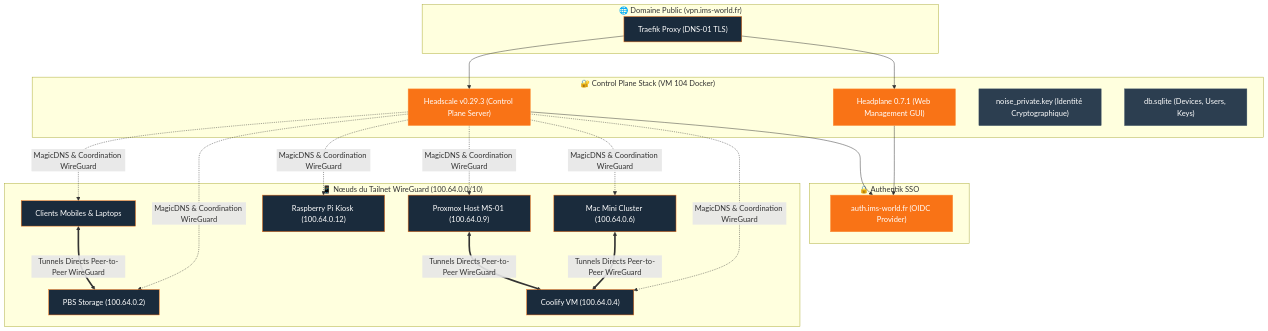
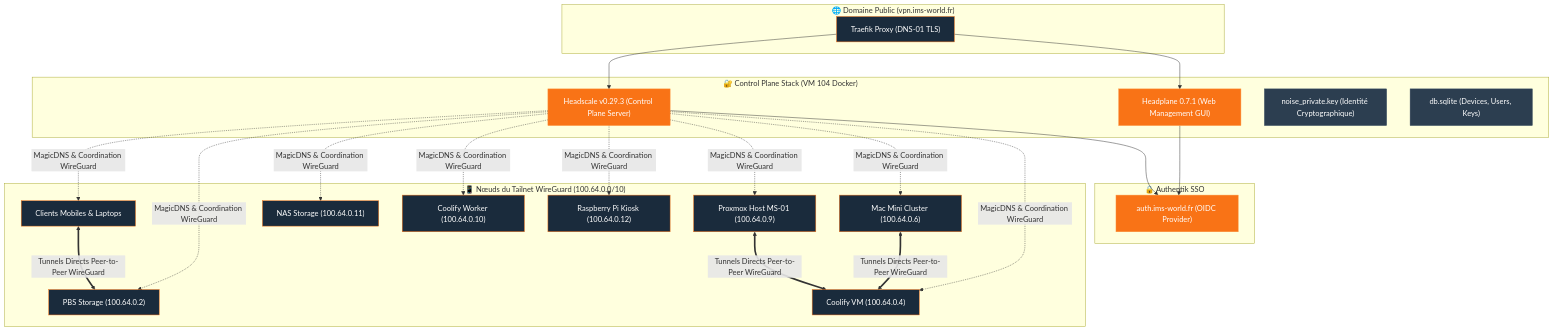
The diagram in services/headscale-headplane.md (ims-world/docs), drawn with Mermaid before and after one commit. The commit also changed other lines of this file and 13 other files, not shown here.

Commit message:
docs: integrer les changements du 22/10/2026 (Tailscale NAS/Worker et comptes admin)

````diff
--- a/services/headscale-headplane.md
+++ b/services/headscale-headplane.md
@@ -60,49 +60,53 @@
 ```mermaid
 graph TB
     subgraph WAN_PUB ["🌐 Domaine Public (vpn.ims-world.fr)"]
         TRAEFIK["Traefik Proxy (DNS-01 TLS)"]
     end
 
     subgraph HEADSCALE_STACK ["🔐 Control Plane Stack (VM 104 Docker)"]
         HEADSCALE["Headscale v0.29.3 (Control Plane Server)"]
         HEADPLANE["Headplane 0.7.1 (Web Management GUI)"]
         NOISE_KEY["noise_private.key (Identité Cryptographique)"]
         DB_SQLITE["db.sqlite (Devices, Users, Keys)"]
     end
 
     subgraph OIDC_AUTH ["🔒 Authentik SSO"]
         AUTH_SRV["auth.ims-world.fr (OIDC Provider)"]
     end
 
     subgraph TAILNET_NODES ["📱 Nœuds du Tailnet WireGuard (100.64.0.0/10)"]
         MAC["Mac Mini Cluster (100.64.0.6)"]
         PVE["Proxmox Host MS-01 (100.64.0.9)"]
         PBS["PBS Storage (100.64.0.2)"]
+        NAS["NAS Storage (100.64.0.11)"]
         COOL["Coolify VM (100.64.0.4)"]
+        WORKER["Coolify Worker (100.64.0.10)"]
         RPI["Raspberry Pi Kiosk (100.64.0.12)"]
         MOBILE["Clients Mobiles & Laptops"]
     end
 
     TRAEFIK --> HEADSCALE
     TRAEFIK --> HEADPLANE
     HEADPLANE --> AUTH_SRV
     HEADSCALE --> AUTH_SRV
 
     HEADSCALE -.->|MagicDNS & Coordination WireGuard| MAC
     HEADSCALE -.->|MagicDNS & Coordination WireGuard| PVE
     HEADSCALE -.->|MagicDNS & Coordination WireGuard| PBS
+    HEADSCALE -.->|MagicDNS & Coordination WireGuard| NAS
     HEADSCALE -.->|MagicDNS & Coordination WireGuard| COOL
+    HEADSCALE -.->|MagicDNS & Coordination WireGuard| WORKER
     HEADSCALE -.->|MagicDNS & Coordination WireGuard| RPI
     HEADSCALE -.->|MagicDNS & Coordination WireGuard| MOBILE
 
     MAC <==>|Tunnels Directs Peer-to-Peer WireGuard| COOL
     PVE <==>|Tunnels Directs Peer-to-Peer WireGuard| COOL
     MOBILE <==>|Tunnels Directs Peer-to-Peer WireGuard| PBS
 
     classDef srv fill:#F97316,stroke:#FB923C,color:#fff;
     classDef key fill:#2c3e50,stroke:#34495e,color:#fff;
     classDef node fill:#1a2b3c,stroke:#F97316,color:#fff;
     class HEADSCALE,HEADPLANE,AUTH_SRV srv;
     class NOISE_KEY,DB_SQLITE key;
     class MAC,PVE,PBS,COOL,RPI,MOBILE node;
 ```
````
